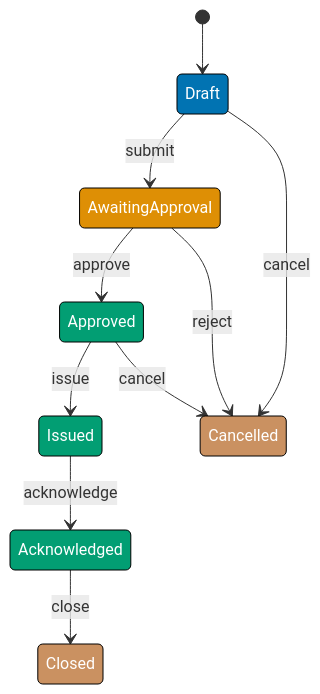
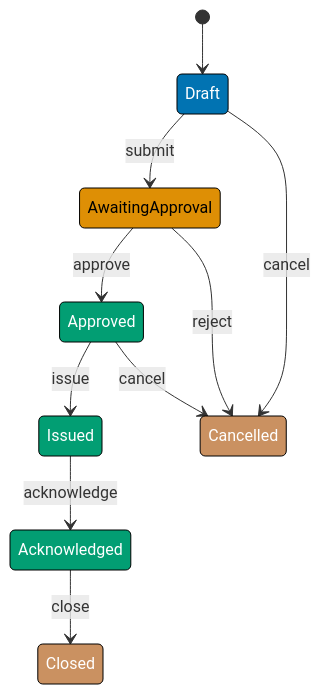
Before and after one commit to wahidyankf/open-sharia-enterprise: the first of 10 diagrams in apps/ayokoding-web/content/en/learn/software-engineering/architecture/finite-state-machine-fsm/by-example/beginner.md, drawn with Mermaid. The commit also changed other lines of this file and 26 other files, not shown here.

````diff
--- a/apps/ayokoding-web/content/en/learn/software-engineering/architecture/finite-state-machine-fsm/by-example/beginner.md
+++ b/apps/ayokoding-web/content/en/learn/software-engineering/architecture/finite-state-machine-fsm/by-example/beginner.md
@@ -18,23 +20,23 @@
 ```mermaid
 stateDiagram-v2
     [*] --> Draft
     Draft --> AwaitingApproval: submit
     AwaitingApproval --> Approved: approve
     AwaitingApproval --> Cancelled: reject
     Approved --> Issued: issue
     Issued --> Acknowledged: acknowledge
     Acknowledged --> Closed: close
     Draft --> Cancelled: cancel
     Approved --> Cancelled: cancel
 
     classDef draft fill:#0173B2,stroke:#000,color:#fff
-    classDef waiting fill:#DE8F05,stroke:#000,color:#fff
+    classDef waiting fill:#DE8F05,stroke:#000,color:#000
     classDef approved fill:#029E73,stroke:#000,color:#fff
     classDef terminal fill:#CA9161,stroke:#000,color:#fff
 
     class Draft draft
     class AwaitingApproval waiting
     class Approved approved
     class Issued,Acknowledged approved
     class Closed,Cancelled terminal
 ```
````
